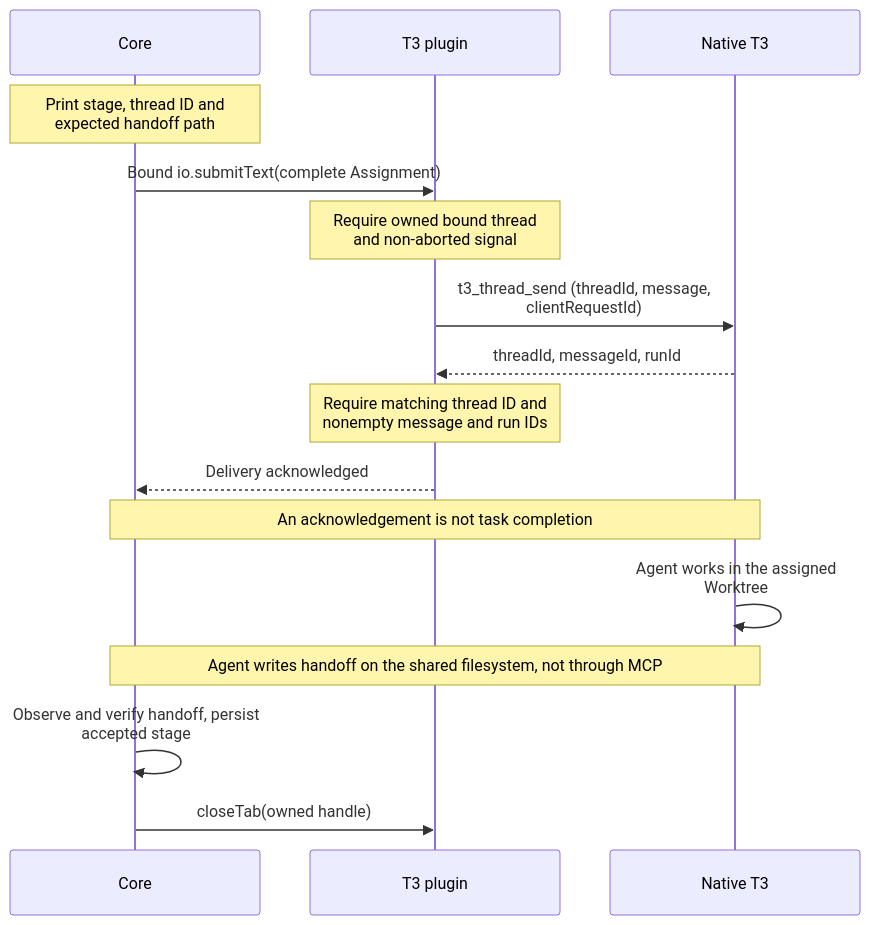
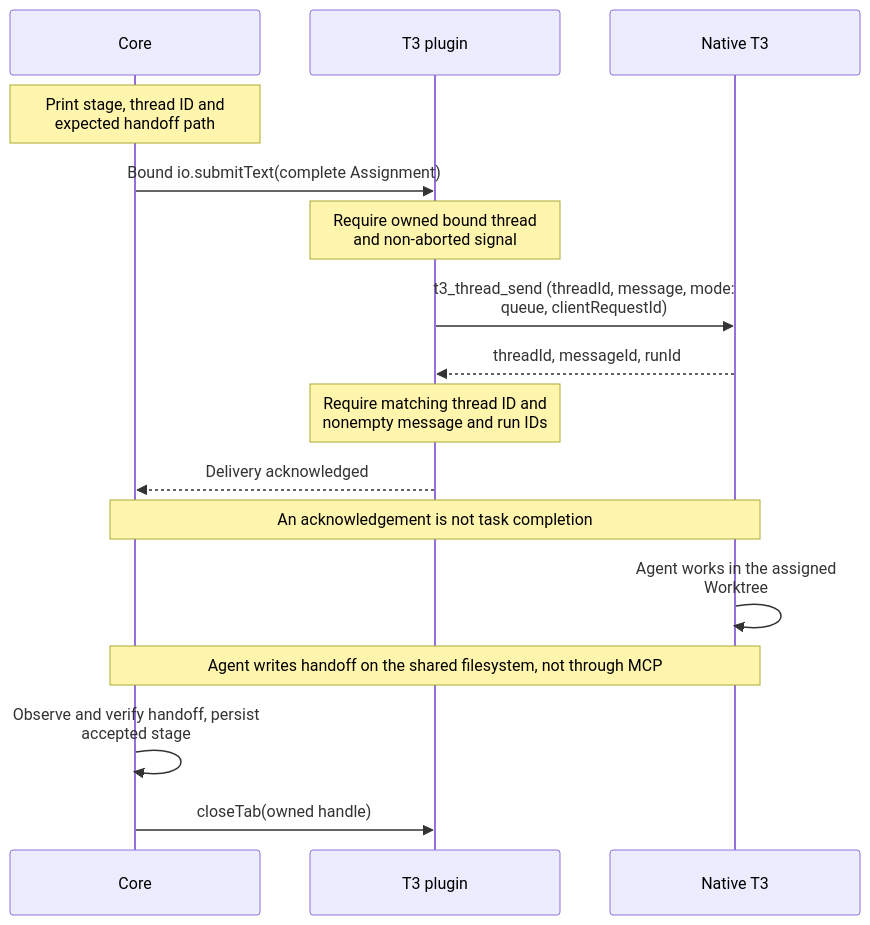
The fourth of 7 diagrams in docs/t3-protocol.md (BuddyLabsCo/issue-runner-t3), drawn with Mermaid before and after one commit. The commit also changed other lines of this file and 22 other files, not shown here.

````diff
--- a/docs/t3-protocol.md
+++ b/docs/t3-protocol.md
@@ -125,19 +125,19 @@
 ```mermaid
 %%{init: {"sequence": {"width": 250, "wrap": true}}}%%
 sequenceDiagram
     participant C as Core
     participant P as T3 plugin
     participant N as Native T3
     Note over C: Print stage, thread ID and expected handoff path
     C->>P: Bound io.submitText(complete Assignment)
     Note over P: Require owned bound thread and non-aborted signal
-    P->>N: t3_thread_send (threadId, message, clientRequestId)
+    P->>N: t3_thread_send (threadId, message, mode: queue, clientRequestId)
     N-->>P: threadId, messageId, runId
     Note over P: Require matching thread ID and nonempty message and run IDs
     P-->>C: Delivery acknowledged
     Note over C,N: An acknowledgement is not task completion
     N->>N: Agent works in the assigned Worktree
     Note over N,C: Agent writes handoff on the shared filesystem, not through MCP
     C->>C: Observe and verify handoff, persist accepted stage
     C->>P: closeTab(owned handle)
 ```
````
